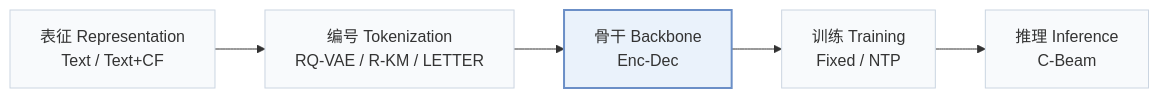
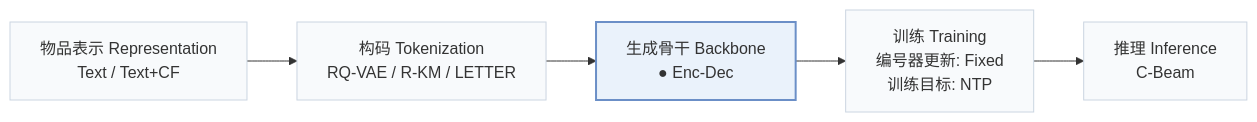
One commit to Galaxy-ghost/Awesome-SID-Generative-Rec changed the first of 2 diagrams in pages/zh/papers/lessrec.md. Above: the diagram before and after it, drawn with Mermaid. The commit also changed other lines of this file and 558 other files, not shown here.

````diff
--- a/pages/zh/papers/lessrec.md
+++ b/pages/zh/papers/lessrec.md
@@ -15,8 +18,8 @@
 ```mermaid
 flowchart LR
-    R["表征 Representation<br/>Text / Text+CF"] --> T["编号 Tokenization<br/>RQ-VAE / R-KM / LETTER"] --> B["骨干 Backbone<br/>Enc-Dec"] --> TR["训练 Training<br/>Fixed / NTP"] --> I["推理 Inference<br/>C-Beam"]
+    R["物品表示 Representation<br/>Text / Text+CF"] --> T["构码 Tokenization<br/>RQ-VAE / R-KM / LETTER"] --> B["生成骨干 Backbone<br/>● Enc-Dec"] --> TR["训练 Training<br/>编号器更新: Fixed<br/>训练目标: NTP"] --> I["推理 Inference<br/>C-Beam"]
     classDef base fill:#f8fafc,stroke:#cbd5e1
     class R,T,B,TR,I base
     classDef main fill:#eaf2fb,stroke:#6b8fc7,stroke-width:2px
     class B main
 ```
````
